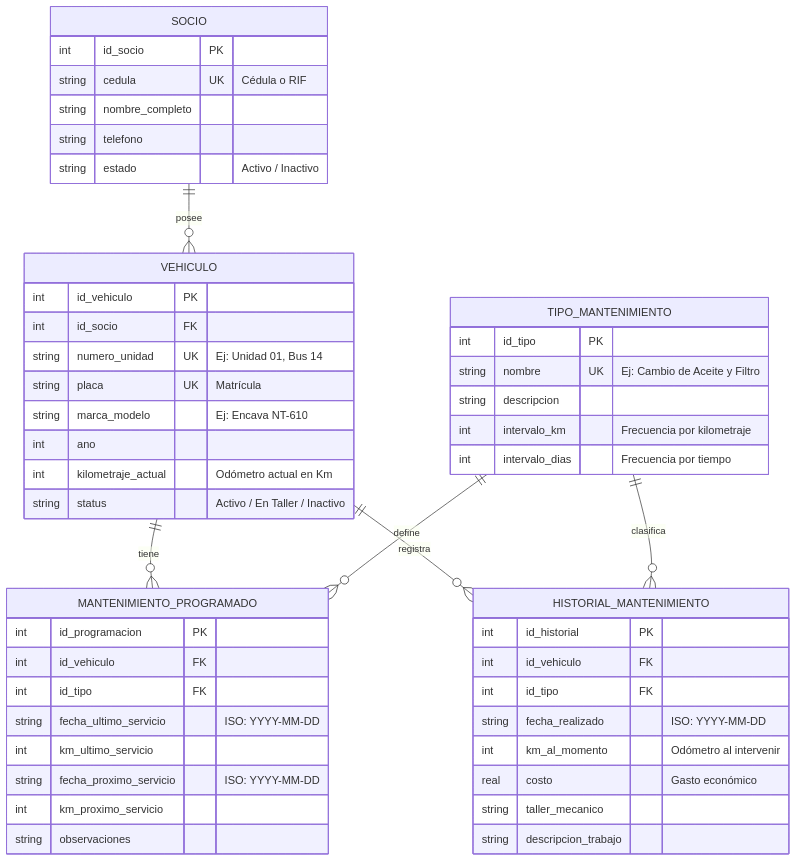
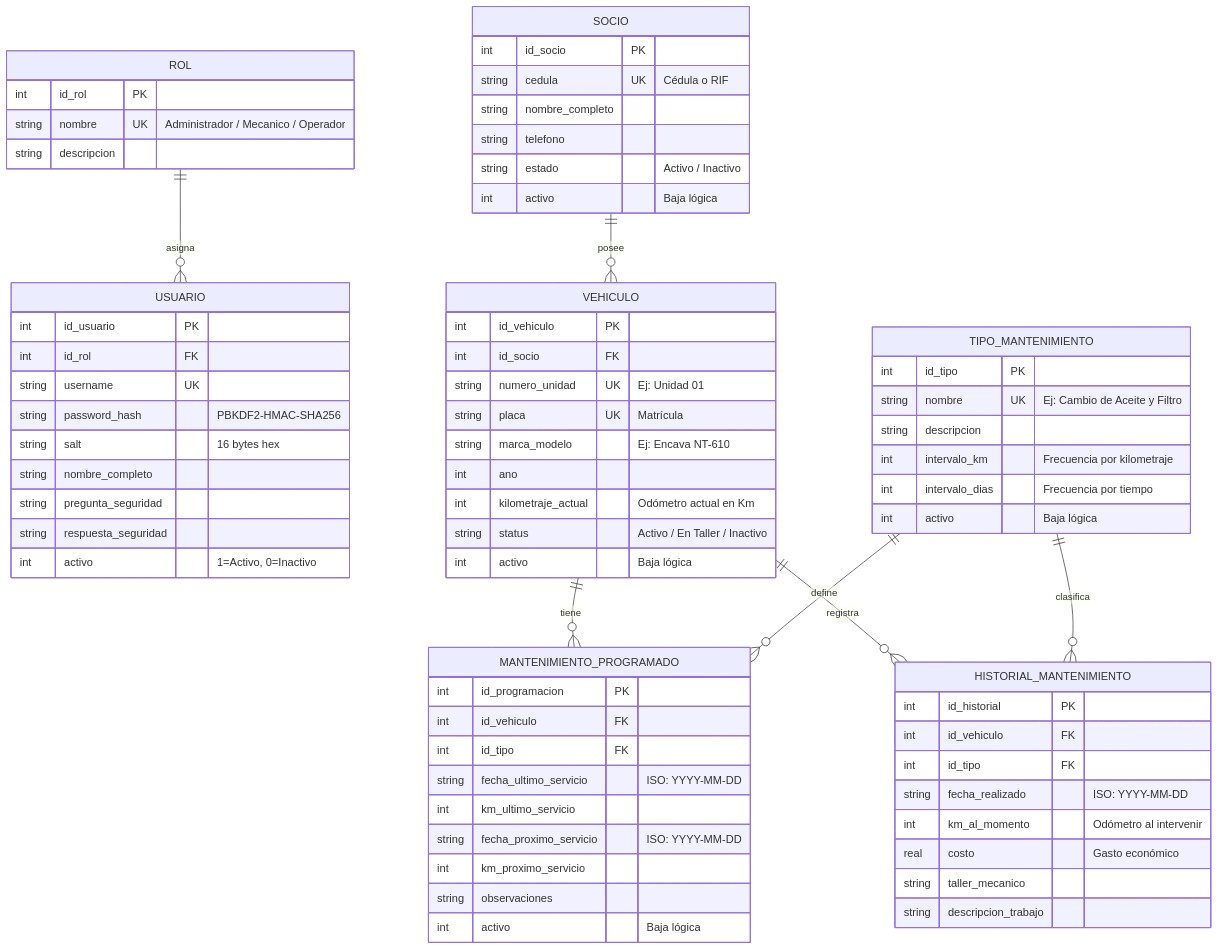
Before and after one commit to YOTR09/PROYECTO-MANTENIMIENTO: the second of 2 diagrams in docs/ARQUITECTURA.md, drawn with Mermaid. The commit also changed other lines of this file and 20 other files, not shown here.

````diff
--- a/docs/ARQUITECTURA.md
+++ b/docs/ARQUITECTURA.md
@@ -84,57 +101,80 @@
 ```mermaid
 erDiagram
+    ROL ||--o{ USUARIO : "asigna"
     SOCIO ||--o{ VEHICULO : "posee"
     VEHICULO ||--o{ MANTENIMIENTO_PROGRAMADO : "tiene"
     TIPO_MANTENIMIENTO ||--o{ MANTENIMIENTO_PROGRAMADO : "define"
     VEHICULO ||--o{ HISTORIAL_MANTENIMIENTO : "registra"
     TIPO_MANTENIMIENTO ||--o{ HISTORIAL_MANTENIMIENTO : "clasifica"
+
+    ROL {
+        int id_rol PK
+        string nombre UK "Administrador / Mecanico / Operador"
+        string descripcion
+    }
+
+    USUARIO {
+        int id_usuario PK
+        int id_rol FK
+        string username UK
+        string password_hash "PBKDF2-HMAC-SHA256"
+        string salt "16 bytes hex"
+        string nombre_completo
+        string pregunta_seguridad
+        string respuesta_seguridad
+        int activo "1=Activo, 0=Inactivo"
+    }
 
     SOCIO {
         int id_socio PK
         string cedula UK "Cédula o RIF"
         string nombre_completo
         string telefono
         string estado "Activo / Inactivo"
+        int activo "Baja lógica"
     }
 
     VEHICULO {
         int id_vehiculo PK
         int id_socio FK
-        string numero_unidad UK "Ej: Unidad 01, Bus 14"
+        string numero_unidad UK "Ej: Unidad 01"
         string placa UK "Matrícula"
         string marca_modelo "Ej: Encava NT-610"
         int ano
         int kilometraje_actual "Odómetro actual en Km"
         string status "Activo / En Taller / Inactivo"
+        int activo "Baja lógica"
     }
 
     TIPO_MANTENIMIENTO {
         int id_tipo PK
         string nombre UK "Ej: Cambio de Aceite y Filtro"
         string descripcion
         int intervalo_km "Frecuencia por kilometraje"
         int intervalo_dias "Frecuencia por tiempo"
+        int activo "Baja lógica"
     }
 
     MANTENIMIENTO_PROGRAMADO {
         int id_programacion PK
         int id_vehiculo FK
         int id_tipo FK
         string fecha_ultimo_servicio "ISO: YYYY-MM-DD"
         int km_ultimo_servicio
         string fecha_proximo_servicio "ISO: YYYY-MM-DD"
         int km_proximo_servicio
         string observaciones
+        int activo "Baja lógica"
     }
 
     HISTORIAL_MANTENIMIENTO {
         int id_historial PK
         int id_vehiculo FK
         int id_tipo FK
         string fecha_realizado "ISO: YYYY-MM-DD"
         int km_al_momento "Odómetro al intervenir"
         real costo "Gasto económico"
         string taller_mecanico
         string descripcion_trabajo
     }
 ```
````
